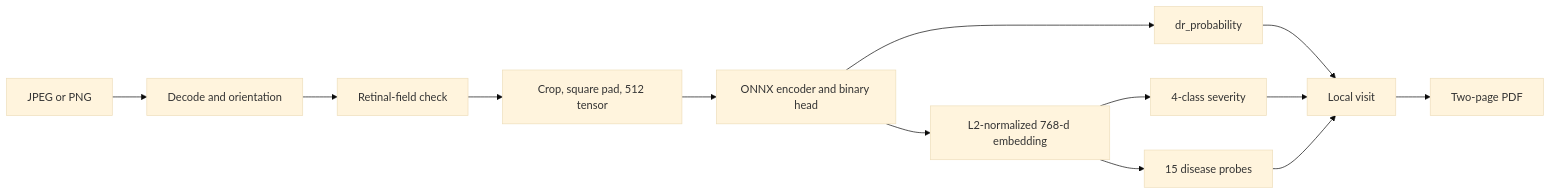
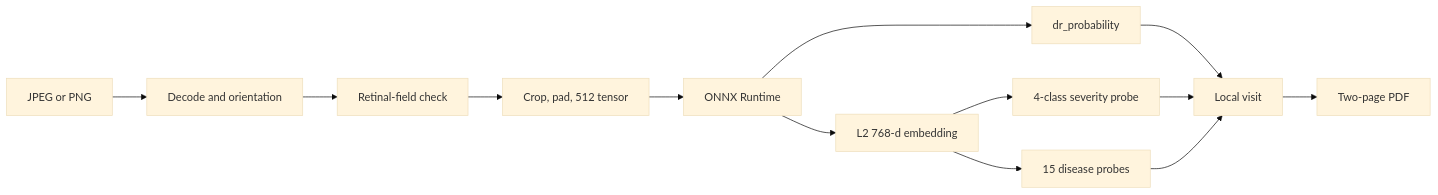
The first of 2 diagrams in README.md (Mayank-gitspace/OFFIRST), drawn with Mermaid (base theme) before and after one commit. The commit also changed other lines of this file and 11 other files, not shown here.

````diff
--- a/README.md
+++ b/README.md
@@ -102,15 +111,15 @@
 ```mermaid
 flowchart LR
-    A[JPEG or PNG] --> B[Decode and orientation]
-    B --> C[Retinal-field check]
-    C --> D[Crop, square pad, 512 tensor]
-    D --> E[ONNX encoder and binary head]
-    E --> F[dr_probability]
-    E --> G[L2-normalized 768-d embedding]
-    G --> H[4-class severity]
-    G --> I[15 disease probes]
-    F --> J[Local visit]
-    H --> J
-    I --> J
-    J --> K[Two-page PDF]
+  A[JPEG or PNG] --> B[Decode and orientation]
+  B --> C[Retinal-field check]
+  C --> D[Crop, pad, 512 tensor]
+  D --> E[ONNX Runtime]
+  E --> F[dr_probability]
+  E --> G[L2 768-d embedding]
+  G --> H[4-class severity probe]
+  G --> I[15 disease probes]
+  F --> J[Local visit]
+  H --> J
+  I --> J
+  J --> K[Two-page PDF]
 ```
````
